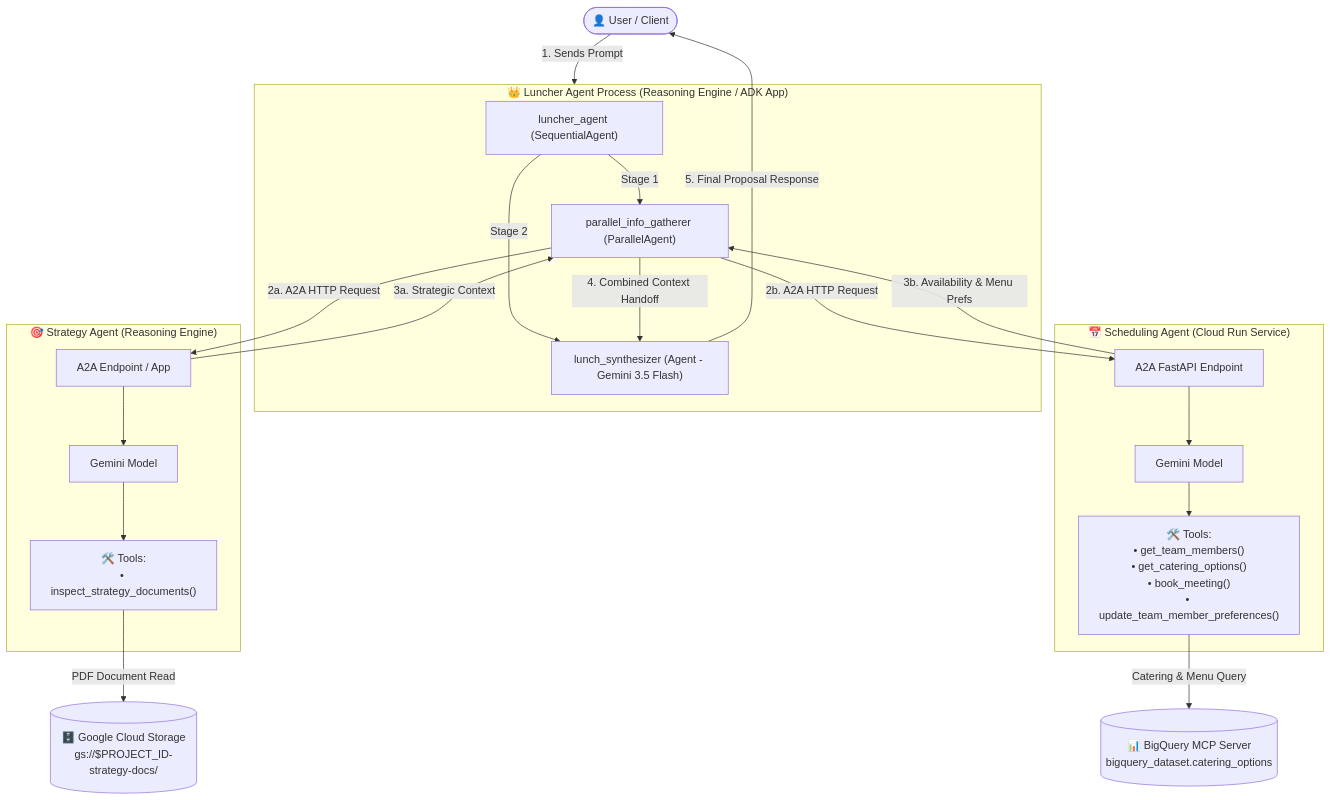
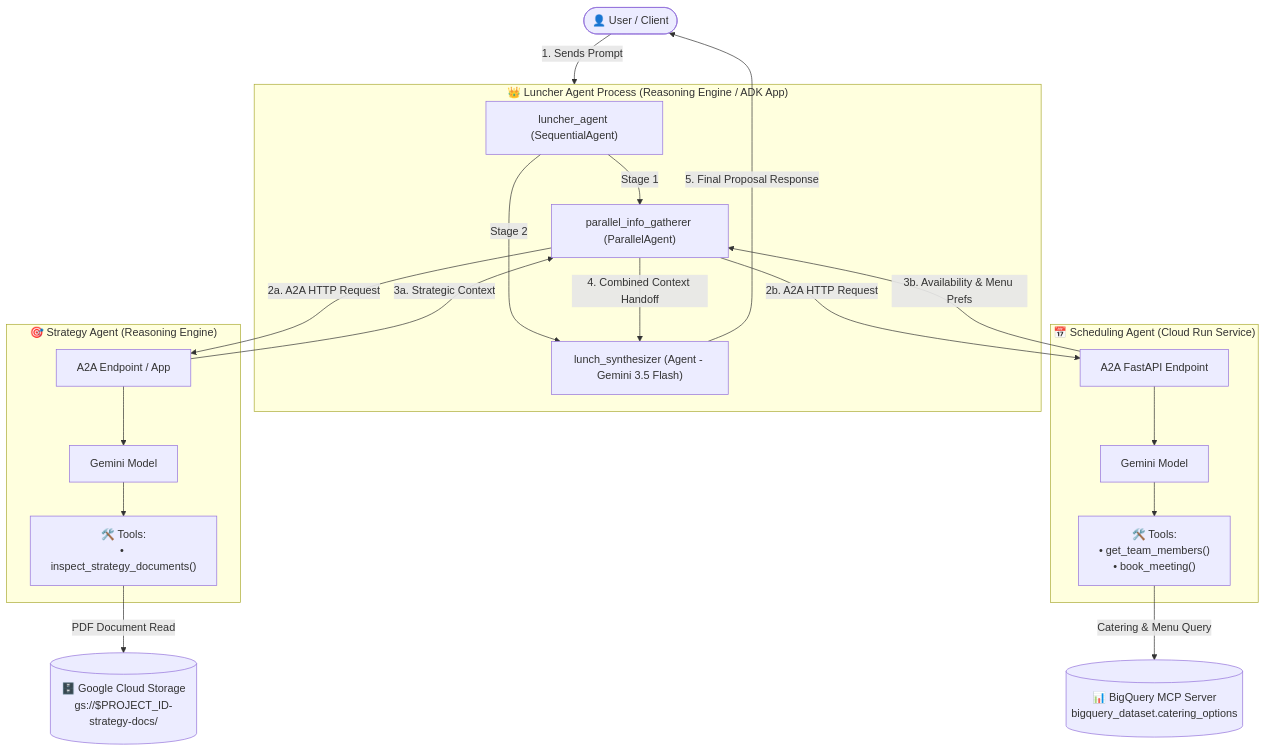
The diagram in README.md (mbychkowski/luncher), drawn with Mermaid before and after one commit. The commit also changed 13 other files, not shown here.

````diff
--- a/README.md
+++ b/README.md
@@ -23,44 +23,44 @@
 ```mermaid
 graph TD
     User(["👤 User / Client"]) -->|1. Sends Prompt| LuncherProcess
 
     subgraph LuncherProcess ["👑 Luncher Agent Process (Reasoning Engine / ADK App)"]
         LuncherSeq["luncher_agent (SequentialAgent)"]
         ParallelGatherer["parallel_info_gatherer (ParallelAgent)"]
         Synthesizer["lunch_synthesizer (Agent - Gemini 3.5 Flash)"]
 
         LuncherSeq -->|Stage 1| ParallelGatherer
         LuncherSeq -->|Stage 2| Synthesizer
     end
 
     subgraph StrategyAgent ["🎯 Strategy Agent (Reasoning Engine)"]
         StratA2A["A2A Endpoint / App"]
         StratLLM["Gemini Model"]
         StratTools["🛠️ Tools:<br/>• inspect_strategy_documents()"]
         StratA2A --> StratLLM
         StratLLM --> StratTools
     end
 
     subgraph SchedAgent ["📅 Scheduling Agent (Cloud Run Service)"]
         SchedA2A["A2A FastAPI Endpoint"]
         SchedLLM["Gemini Model"]
-        SchedTools["🛠️ Tools:<br/>• get_team_members()<br/>• get_catering_options()<br/>• book_meeting()<br/>• update_team_member_preferences()"]
+        SchedTools["🛠️ Tools:<br/>• get_team_members()<br/>• book_meeting()"]
         SchedA2A --> SchedLLM
         SchedLLM --> SchedTools
     end
 
     GCS[("🗄️ Google Cloud Storage<br/>gs://$PROJECT_ID-strategy-docs/")]
     BQ[("📊 BigQuery MCP Server<br/>bigquery_dataset.catering_options")]
 
     ParallelGatherer -->|2a. A2A HTTP Request| StratA2A
     ParallelGatherer -->|2b. A2A HTTP Request| SchedA2A
 
     StratTools -->|PDF Document Read| GCS
     SchedTools -->|Catering & Menu Query| BQ
 
     StratA2A -->|3a. Strategic Context| ParallelGatherer
     SchedA2A -->|3b. Availability & Menu Prefs| ParallelGatherer
 
     ParallelGatherer -->|4. Combined Context Handoff| Synthesizer
     Synthesizer -->|5. Final Proposal Response| User
 ```
````
